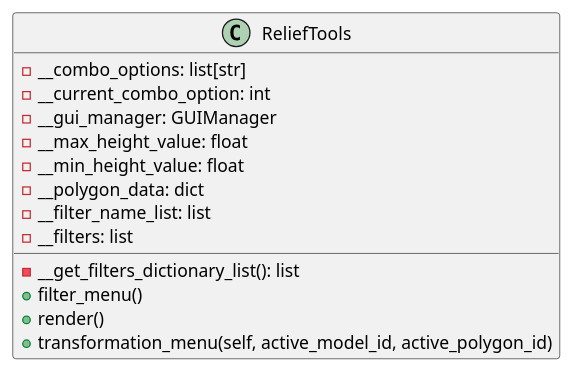
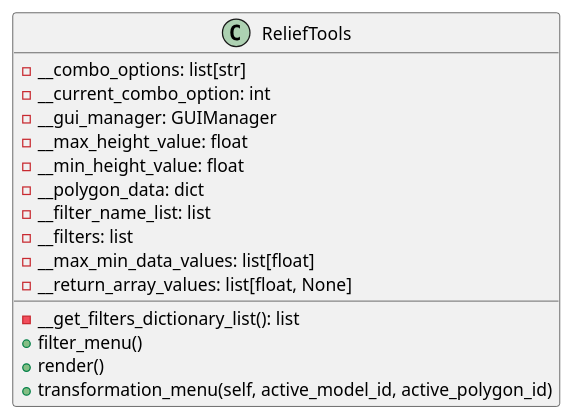
One commit to ferpoble2/Relief_Creator changed the diagram in docs/classes/ReliefTools.puml. Above: the diagram before and after it, drawn with PlantUML. The commit also changed 9 other files, not shown here.

```diff
--- a/docs/classes/ReliefTools.puml
+++ b/docs/classes/ReliefTools.puml
@@ -1,18 +1,20 @@
 @startuml
 class ReliefTools {
     - __combo_options: list[str]
     - __current_combo_option: int
     - __gui_manager: GUIManager
     - __max_height_value: float
     - __min_height_value: float
     - __polygon_data: dict
     - __filter_name_list: list
     - __filters: list
+    - __max_min_data_values: list[float]
+    - __return_array_values: list[float, None]
 
     - __get_filters_dictionary_list(): list
     + filter_menu()
     + render()
     + transformation_menu(self, active_model_id, active_polygon_id)
 }
 
 @enduml
```
